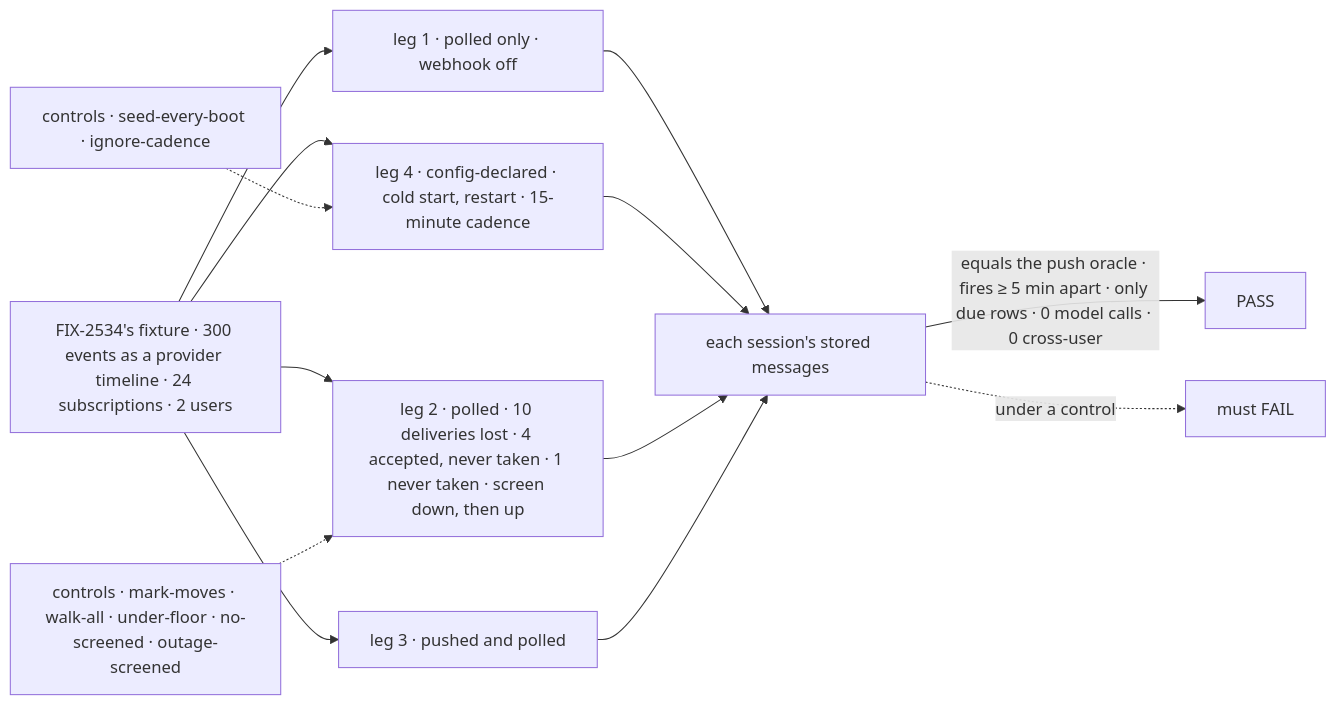
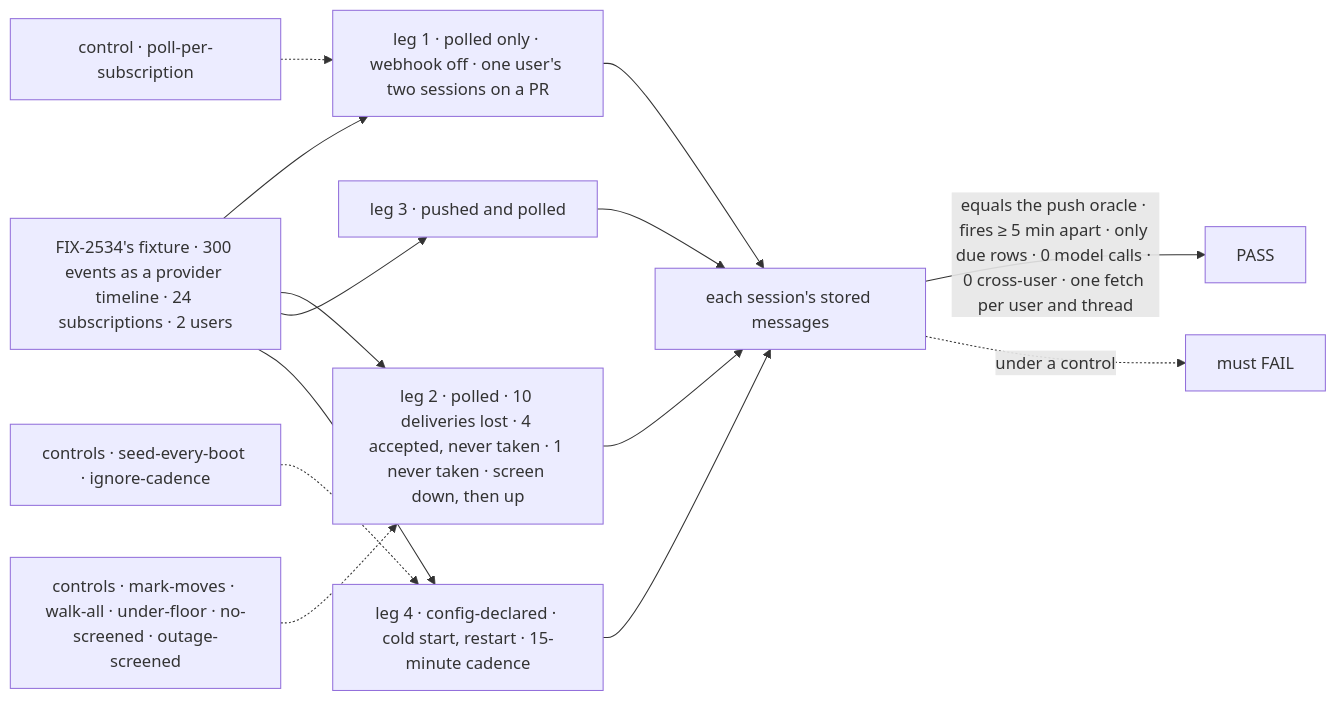
The first of 2 diagrams in specs/issues/FIX-2536/SPEC.md (fixpoint-labs/flow-state-dev), drawn with Mermaid before and after one commit. The commit also changed other lines of this file and 8 other files, not shown here.

First line of the commit message:
spec(FIX-2536): one poll per user and thread (owner, 2026-11-09)

````diff
--- a/specs/issues/FIX-2536/SPEC.md
+++ b/specs/issues/FIX-2536/SPEC.md
@@ -33,15 +33,16 @@
 ```mermaid
 flowchart LR
-  F["FIX-2534's fixture · 300 events as a provider timeline · 24 subscriptions · 2 users"] --> P1["leg 1 · polled only · webhook off"]
+  F["FIX-2534's fixture · 300 events as a provider timeline · 24 subscriptions · 2 users"] --> P1["leg 1 · polled only · webhook off · one user's two sessions on a PR"]
   F --> P2["leg 2 · polled · 10 deliveries lost · 4 accepted, never taken · 1 never taken · screen down, then up"]
   F --> P3["leg 3 · pushed and polled"]
   F --> P4["leg 4 · config-declared · cold start, restart · 15-minute cadence"]
   P1 --> S
   P4 --> S["each session's stored messages"]
   P2 --> S
   P3 --> S
-  S -->|"equals the push oracle · fires ≥ 5 min apart · only due rows · 0 model calls · 0 cross-user"| OK["PASS"]
+  S -->|"equals the push oracle · fires ≥ 5 min apart · only due rows · 0 model calls · 0 cross-user · one fetch per user and thread"| OK["PASS"]
+  C1["control · poll-per-subscription"] -.-> P1
   C["controls · mark-moves · walk-all · under-floor · no-screened · outage-screened"] -.-> P2
   C4["controls · seed-every-boot · ignore-cadence"] -.-> P4
   S -.->|"under a control"| X["must FAIL"]
 ```
````
